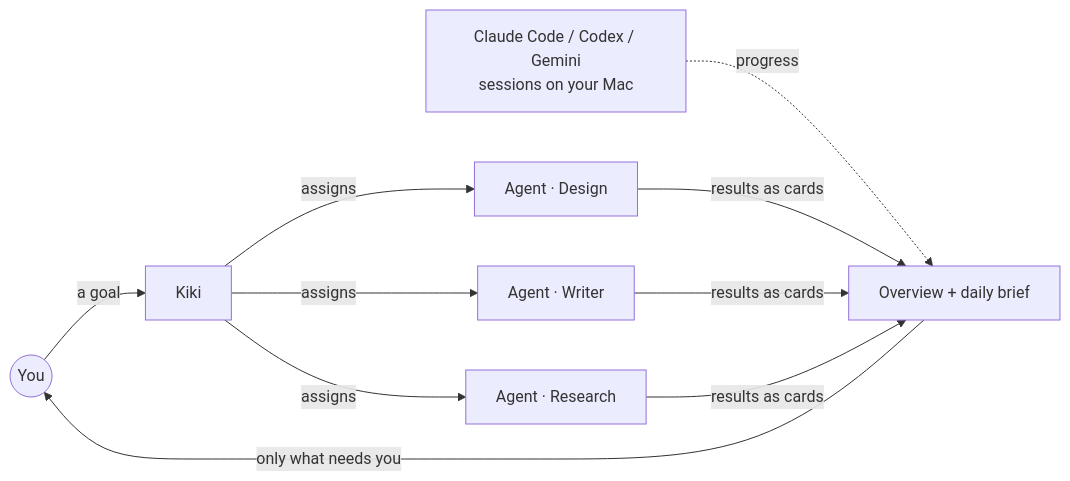
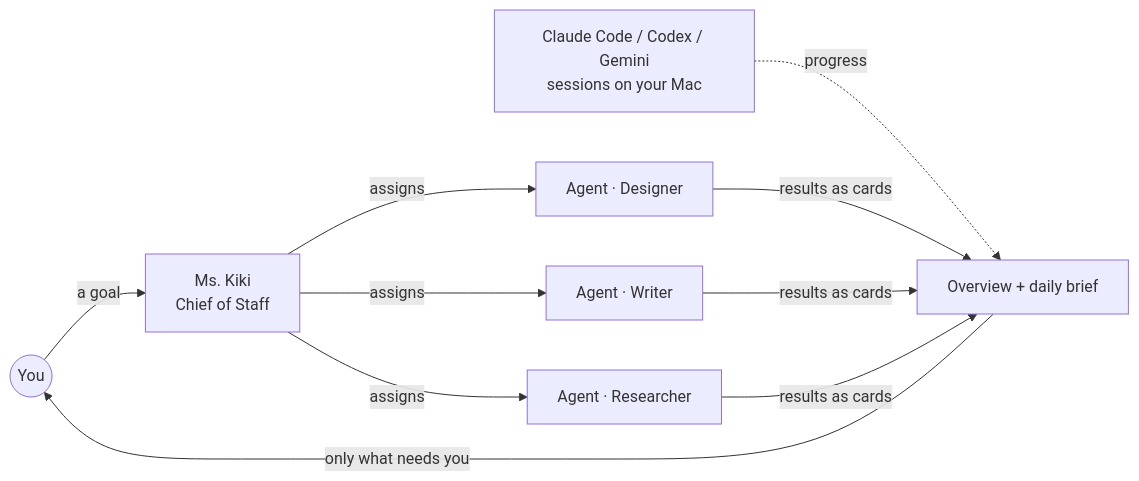
The diagram in README.md (lkyxuan/kiki), drawn with Mermaid before and after one commit. The commit also changed other lines of this file and 13 other files, not shown here.

````diff
--- a/README.md
+++ b/README.md
@@ -82,10 +92,10 @@
 ```mermaid
 flowchart LR
-    you((You)) -->|a goal| kiki[Kiki]
-    kiki -->|assigns| a1[Agent · Design]
+    you((You)) -->|a goal| kiki[Ms. Kiki<br/>Chief of Staff]
+    kiki -->|assigns| a1[Agent · Designer]
     kiki -->|assigns| a2[Agent · Writer]
-    kiki -->|assigns| a3[Agent · Research]
+    kiki -->|assigns| a3[Agent · Researcher]
     cc[Claude Code / Codex / Gemini<br/>sessions on your Mac] -.->|progress| ov
     a1 & a2 & a3 -->|results as cards| ov[Overview + daily brief]
     ov -->|only what needs you| you
 ```
````
